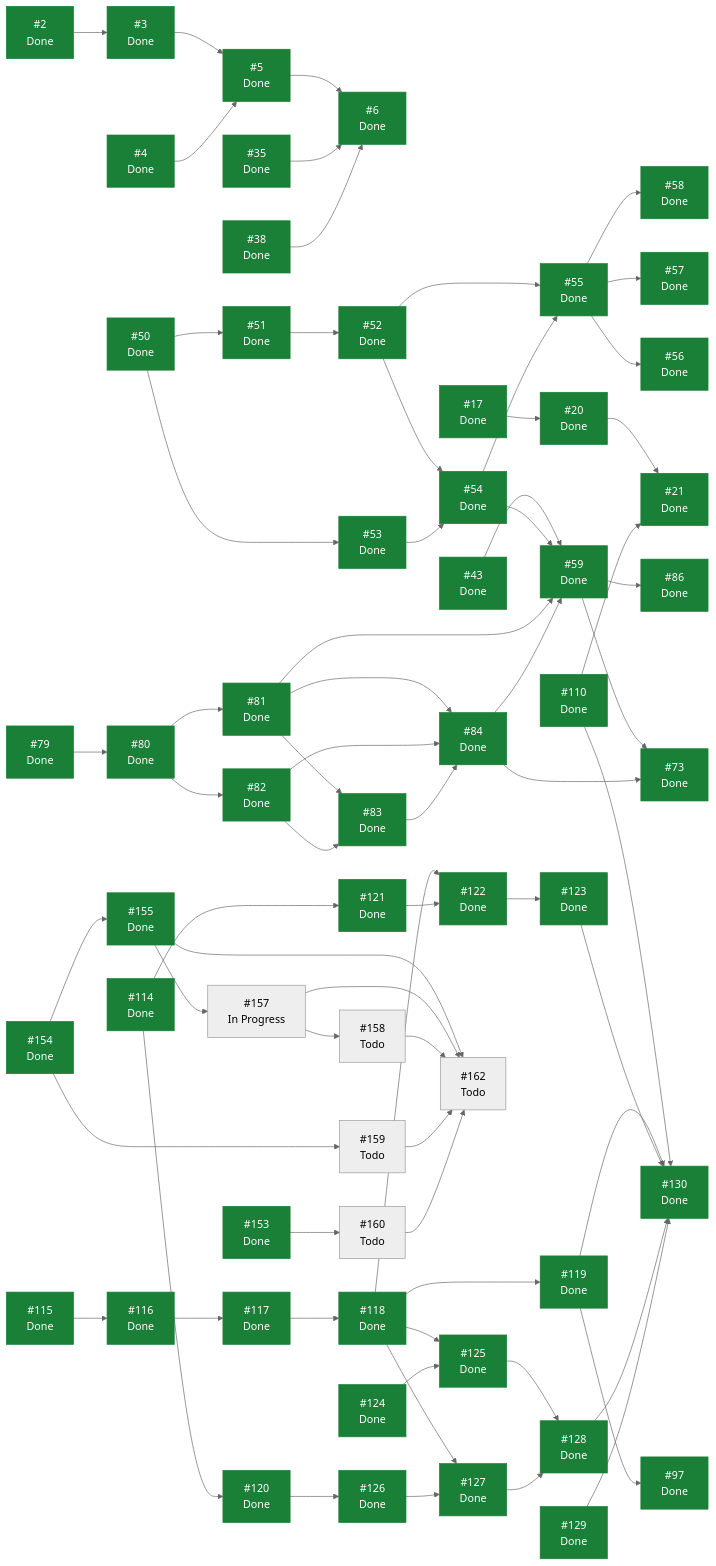
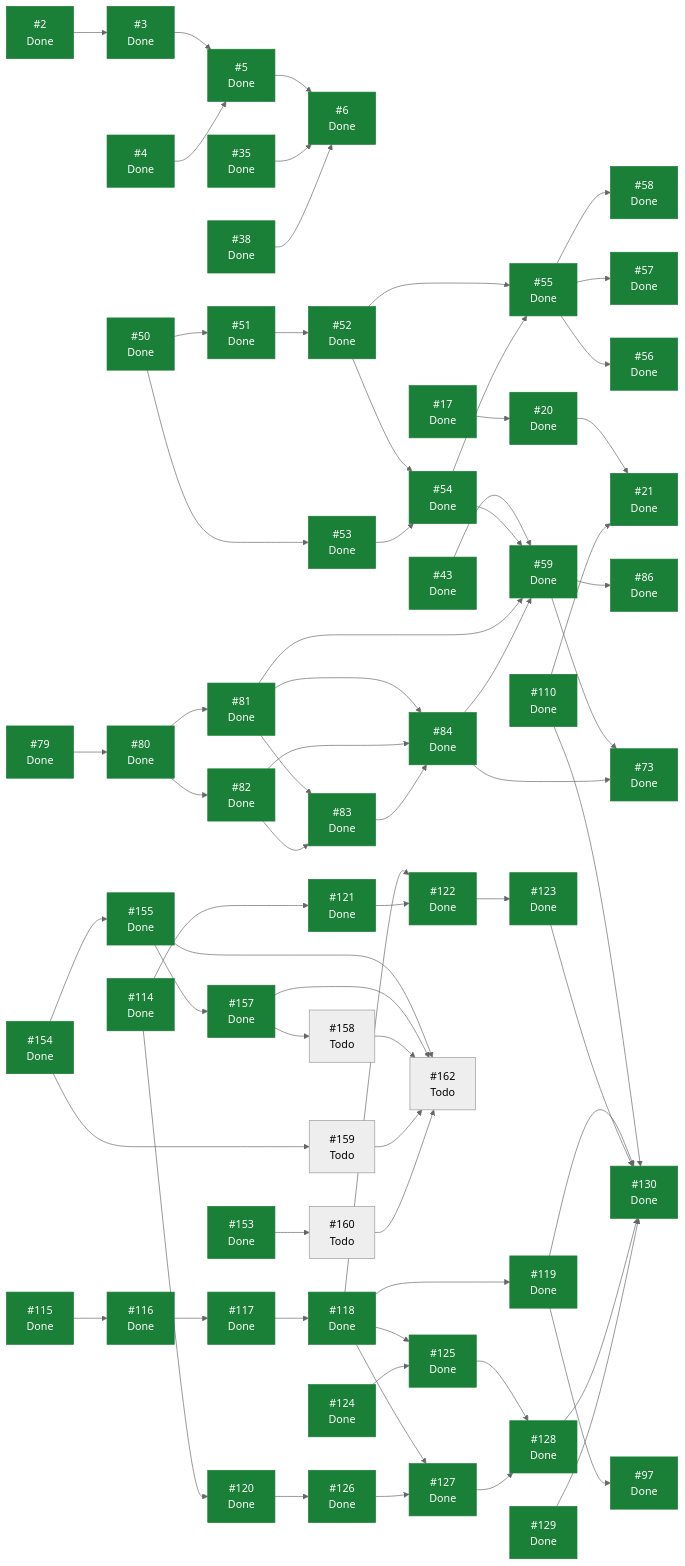
One commit to ecamp0s/evault changed the diagram in docs/planning/STATUS.md. Above: the diagram before and after it, drawn with Mermaid (neutral theme). The commit also changed other lines of this file, not shown here.

````diff
--- a/docs/planning/STATUS.md
+++ b/docs/planning/STATUS.md
@@ -214,7 +213,7 @@
   I153["#153<br/>Done"]
   I154["#154<br/>Done"]
   I155["#155<br/>Done"]
-  I157["#157<br/>In Progress"]
+  I157["#157<br/>Done"]
   I158["#158<br/>Todo"]
   I159["#159<br/>Todo"]
   I160["#160<br/>Todo"]
@@ -286,5 +285,5 @@
   I159 --> I162
   I160 --> I162
   classDef hecho fill:#1a7f37,stroke:#1a7f37,color:#fff;
-  class I2,I3,I4,I5,I6,I17,I20,I21,I35,I38,I43,I50,I51,I52,I53,I54,I55,I56,I57,I58,I59,I73,I79,I80,I81,I82,I83,I84,I86,I97,I110,I114,I115,I116,I117,I118,I119,I120,I121,I122,I123,I124,I125,I126,I127,I128,I129,I130,I153,I154,I155 hecho;
+  class I2,I3,I4,I5,I6,I17,I20,I21,I35,I38,I43,I50,I51,I52,I53,I54,I55,I56,I57,I58,I59,I73,I79,I80,I81,I82,I83,I84,I86,I97,I110,I114,I115,I116,I117,I118,I119,I120,I121,I122,I123,I124,I125,I126,I127,I128,I129,I130,I153,I154,I155,I157 hecho;
 ```
````
